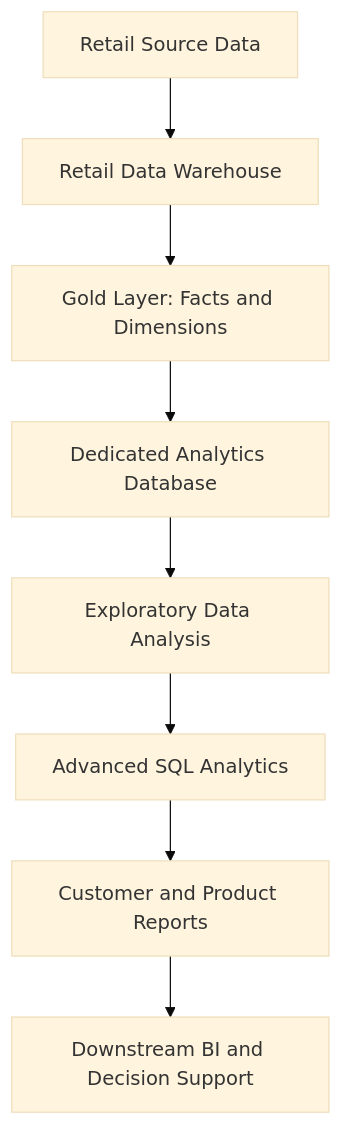
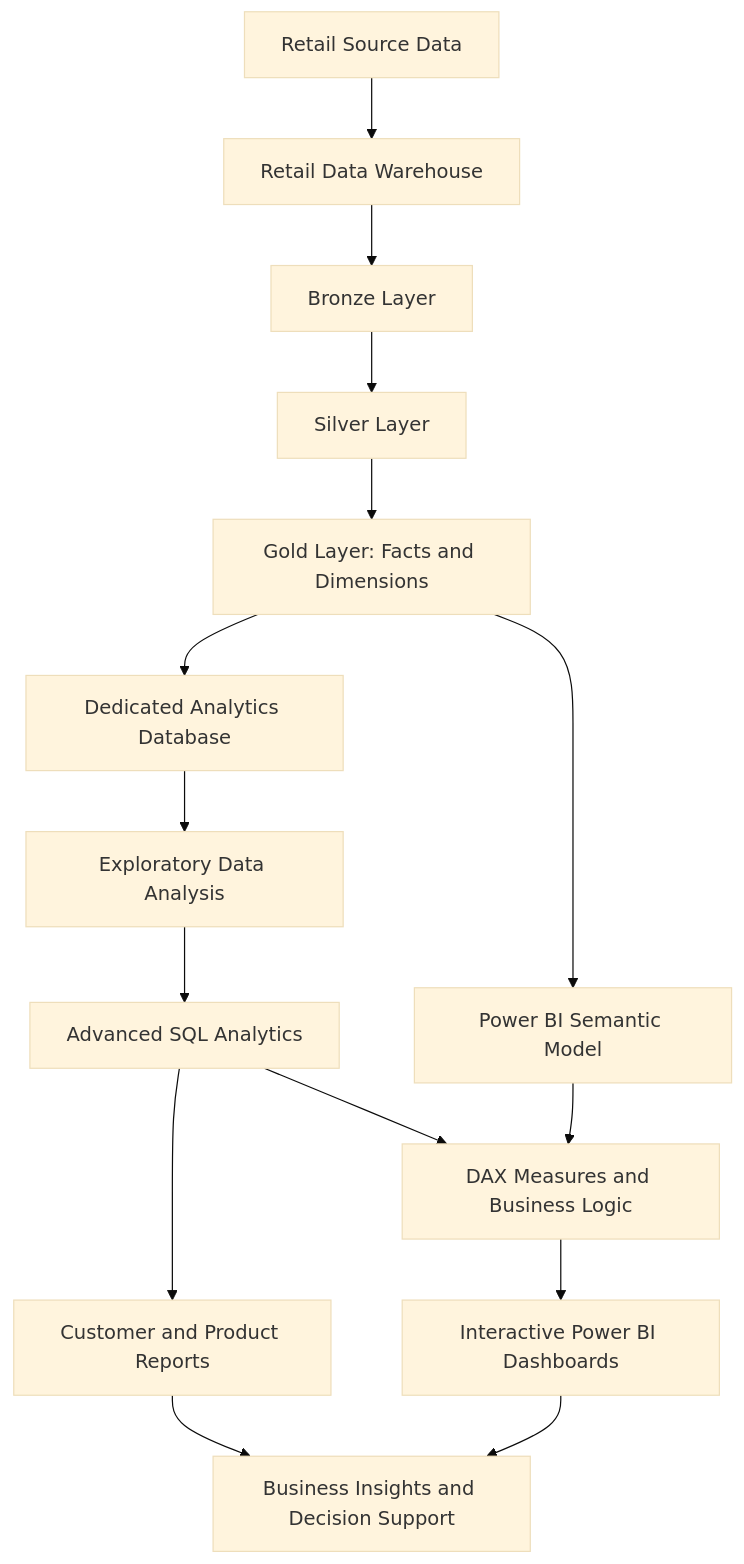
Before and after one commit to Esteadh/RetailAnalysitcs: the diagram in README.md, drawn with Mermaid (base theme). The commit also changed other lines of this file, not shown here.

````diff
--- a/README.md
+++ b/README.md
@@ -24,10 +55,17 @@
 ```mermaid
 flowchart TD
     A[Retail Source Data] --> B[Retail Data Warehouse]
-    B --> C[Gold Layer: Facts and Dimensions]
-    C --> D[Dedicated Analytics Database]
-    D --> E[Exploratory Data Analysis]
-    E --> F[Advanced SQL Analytics]
-    F --> G[Customer and Product Reports]
-    G --> H[Downstream BI and Decision Support]
+    B --> C[Bronze Layer]
+    C --> D[Silver Layer]
+    D --> E[Gold Layer: Facts and Dimensions]
+    E --> F[Dedicated Analytics Database]
+    F --> G[Exploratory Data Analysis]
+    G --> H[Advanced SQL Analytics]
+    H --> I[Customer and Product Reports]
+    E --> J[Power BI Semantic Model]
+    H --> K[DAX Measures and Business Logic]
+    J --> K
+    K --> L[Interactive Power BI Dashboards]
+    I --> M[Business Insights and Decision Support]
+    L --> M
 ```
````
